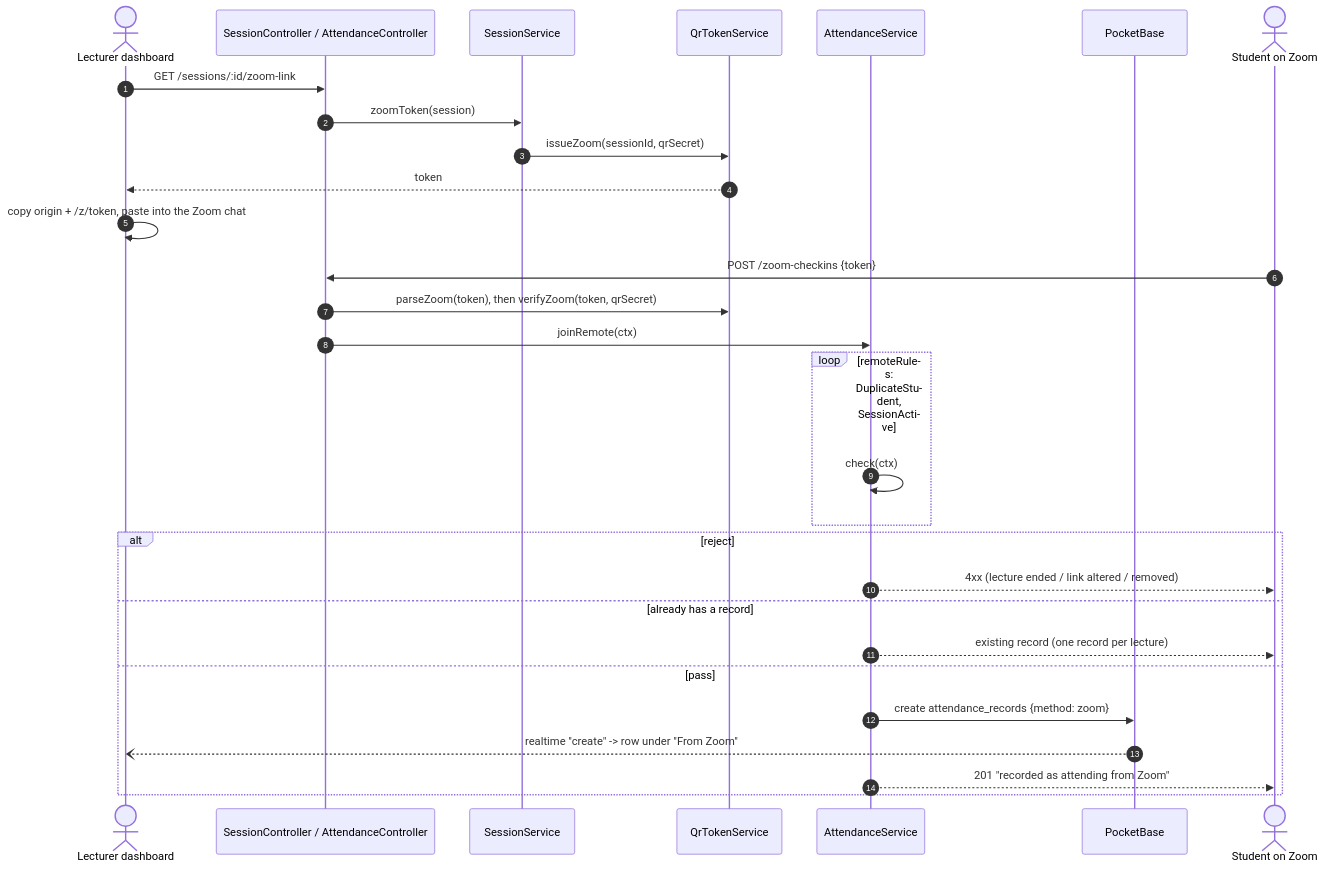
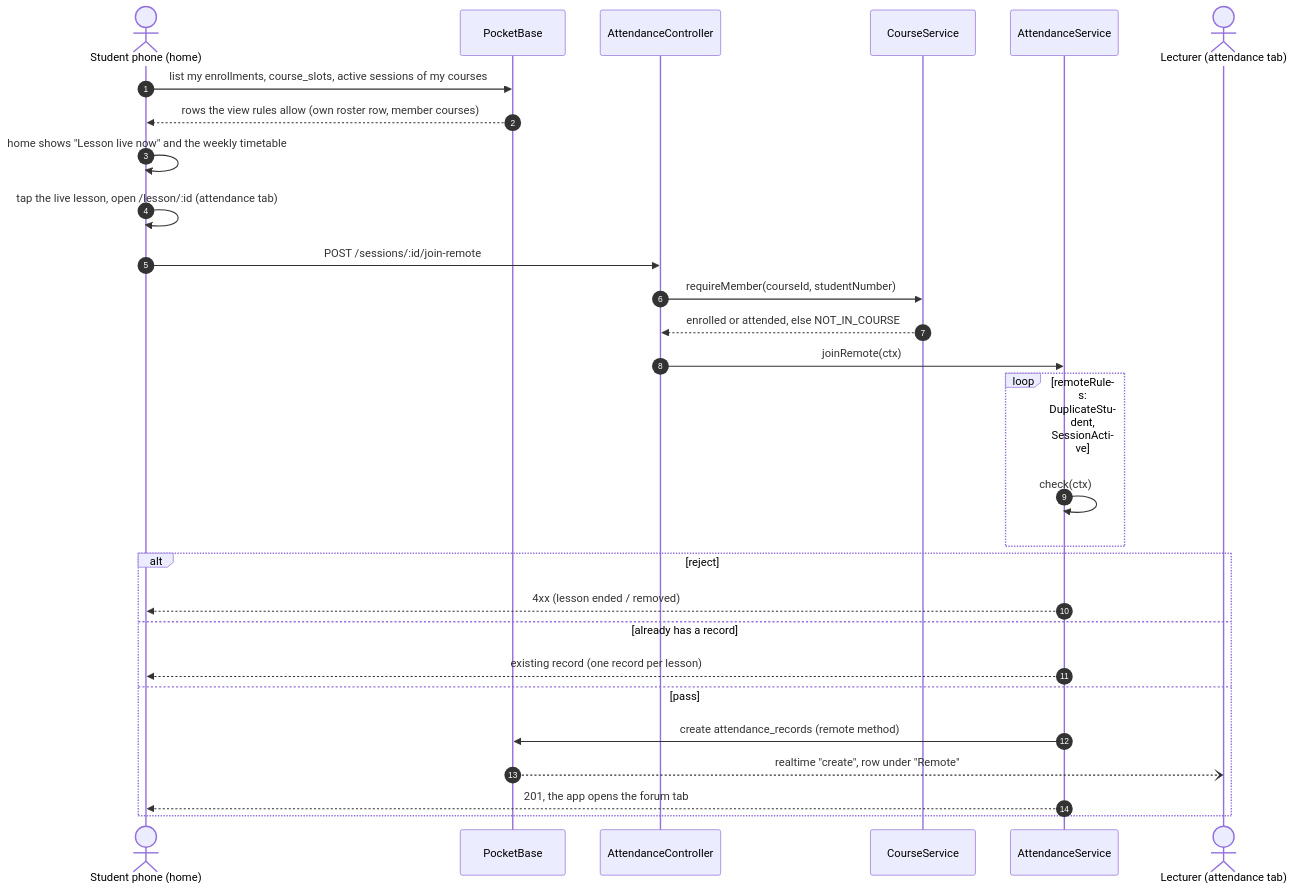
One commit to GiladApel/classpulse changed the eighth of 9 diagrams in docs/07-sequence-diagrams.md. Above: the diagram before and after it, drawn with Mermaid. The commit also changed other lines of this file, not shown here.

Commit message:
docs(edd): sequence diagrams for entering a live lesson, remote joining and roster upload

````diff
--- a/docs/07-sequence-diagrams.md
+++ b/docs/07-sequence-diagrams.md
@@ -317,32 +317,31 @@
 ```mermaid
 sequenceDiagram
   autonumber
-  actor L as Lecturer dashboard
-  participant API as SessionController / AttendanceController
-  participant SS as SessionService
-  participant QR as QrTokenService
+  actor S as Student phone (home)
+  participant PB as PocketBase
+  participant API as AttendanceController
+  participant CS as CourseService
   participant AS as AttendanceService
-  participant PB as PocketBase
-  actor S as Student on Zoom
+  actor L as Lecturer (attendance tab)
 
-  L->>API: GET /sessions/:id/zoom-link
-  API->>SS: zoomToken(session)
-  SS->>QR: issueZoom(sessionId, qrSecret)
-  QR-->>L: token
-  L->>L: copy origin + /z/token, paste into the Zoom chat
-  S->>API: POST /zoom-checkins {token}
-  API->>QR: parseZoom(token), then verifyZoom(token, qrSecret)
+  S->>PB: list my enrollments, course_slots, active sessions of my courses
+  PB-->>S: rows the view rules allow (own roster row, member courses)
+  S->>S: home shows "Lesson live now" and the weekly timetable
+  S->>S: tap the live lesson, open /lesson/:id (attendance tab)
+  S->>API: POST /sessions/:id/join-remote
+  API->>CS: requireMember(courseId, studentNumber)
+  CS-->>API: enrolled or attended, else NOT_IN_COURSE
   API->>AS: joinRemote(ctx)
   loop remoteRules: DuplicateStudent, SessionActive
     AS->>AS: check(ctx)
   end
   alt reject
-    AS-->>S: 4xx (lecture ended / link altered / removed)
+    AS-->>S: 4xx (lesson ended / removed)
   else already has a record
-    AS-->>S: existing record (one record per lecture)
+    AS-->>S: existing record (one record per lesson)
   else pass
-    AS->>PB: create attendance_records {method: zoom}
-    PB--)L: realtime "create" -> row under "From Zoom"
-    AS-->>S: 201 "recorded as attending from Zoom"
+    AS->>PB: create attendance_records (remote method)
+    PB--)L: realtime "create", row under "Remote"
+    AS-->>S: 201, the app opens the forum tab
   end
 ```
````
